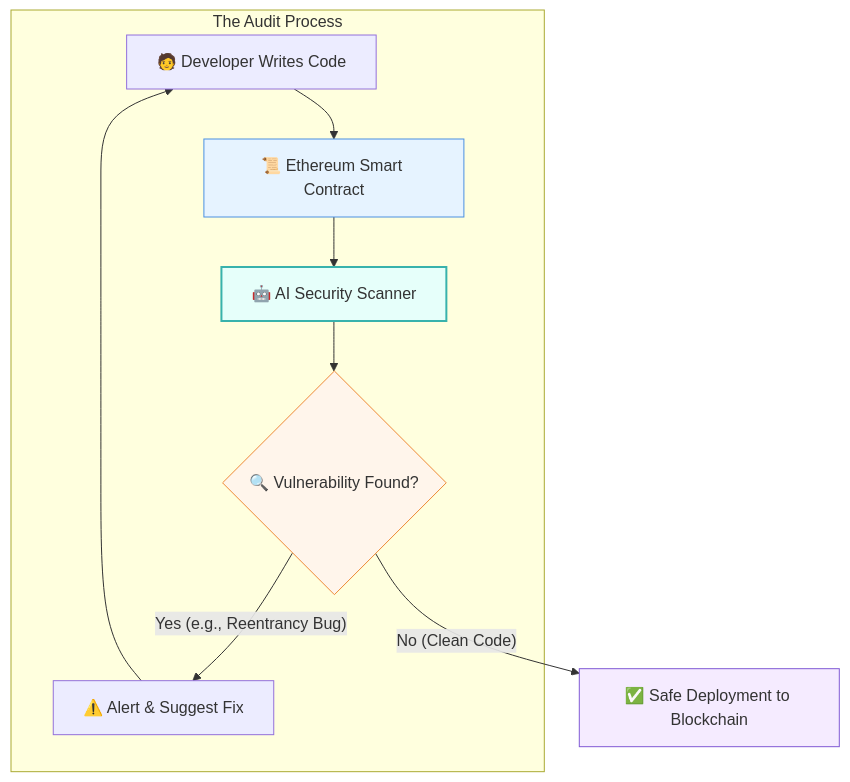
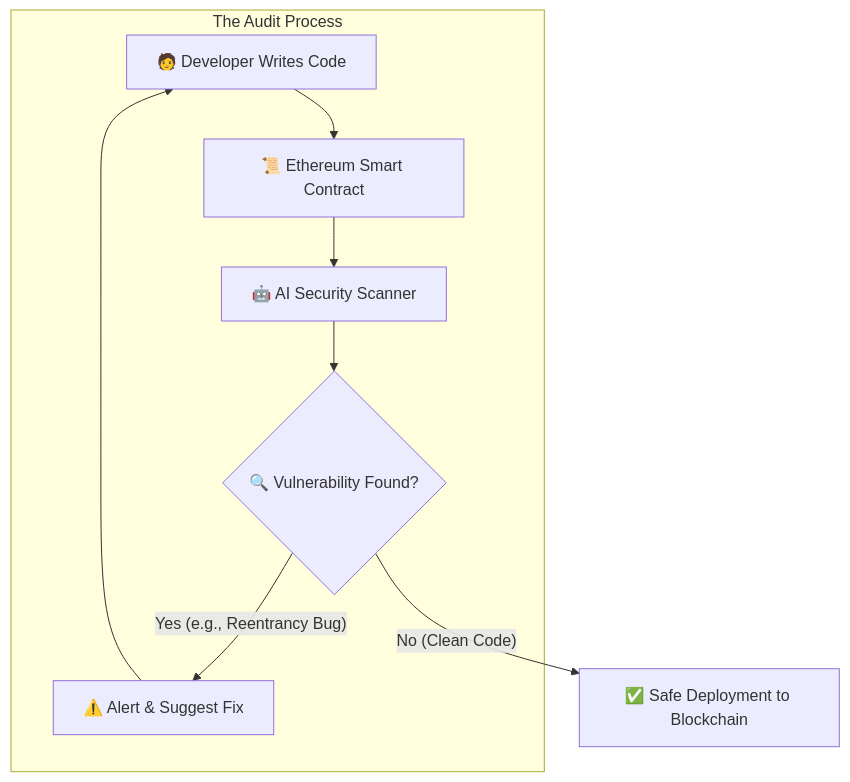
Before and after one commit to vdonthireddy/ai-knowledge-base: the diagram in line27_crypto_blockchain.md, drawn with Mermaid. The commit also changed 30 other files, not shown here.

Commit message:
chore: Rename files and fix mermaid diagram styles for dark mode compatibility

````diff
--- a/line27_crypto_blockchain.md
+++ b/line27_crypto_blockchain.md
@@ -38,18 +38,14 @@
 ```mermaid
 graph TD
     A[🧑 Developer Writes Code] --> B[📜 Ethereum Smart Contract]
     
     subgraph The Audit Process
     B --> C[🤖 AI Security Scanner]
     C --> D{🔍 Vulnerability Found?}
     D -- "Yes (e.g., Reentrancy Bug)" --> E[⚠️ Alert & Suggest Fix]
     E --> A
     end
     
     D -- "No (Clean Code)" --> F[✅ Safe Deployment to Blockchain]
     
-    style B fill:#e6f3ff,stroke:#4a90e2
-    style C fill:#e6fffa,stroke:#38b2ac,stroke-width:2px
-    style D fill:#fff5eb,stroke:#ed8936
-    style F fill:#f5ebff,stroke:#805ad5
 ```
````
